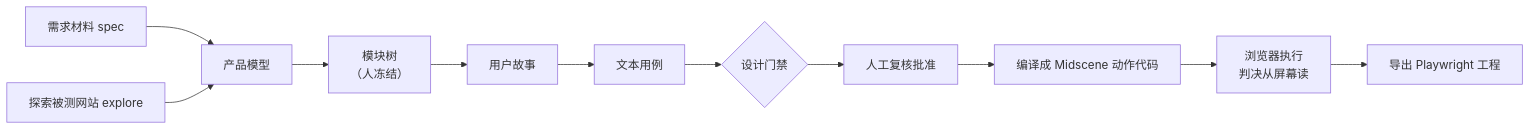
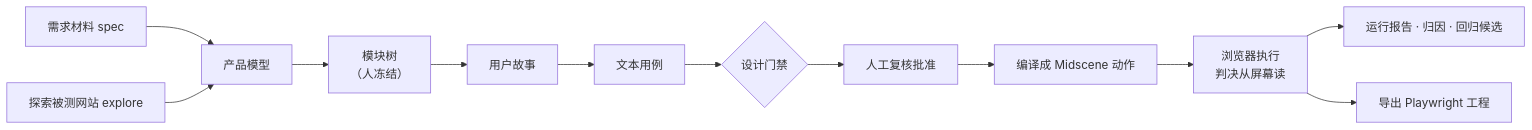
One commit to zyonlab/TestPilot changed the diagram in README.md. Above: the diagram before and after it, drawn with Mermaid. The commit also changed other lines of this file and 31 other files, not shown here.

````diff
--- a/README.md
+++ b/README.md
@@ -27,13 +50,14 @@
 ```mermaid
 flowchart LR
   S["需求材料 spec"] --> PM["产品模型"]
   E["探索被测网站 explore"] --> PM
   PM --> MT["模块树<br/>（人冻结）"]
   MT --> ST["用户故事"]
   ST --> TC["文本用例"]
   TC --> G1{"设计门禁"}
   G1 --> RV["人工复核批准"]
-  RV --> CG["编译成 Midscene 动作代码"]
+  RV --> CG["编译成 Midscene 动作"]
   CG --> EX["浏览器执行<br/>判决从屏幕读"]
+  EX --> RP["运行报告 · 归因 · 回归候选"]
   EX --> PW["导出 Playwright 工程"]
 ```
````
